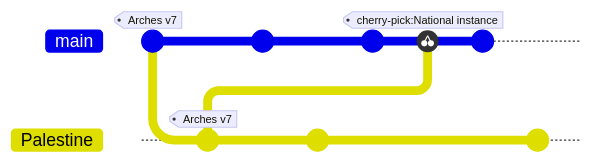
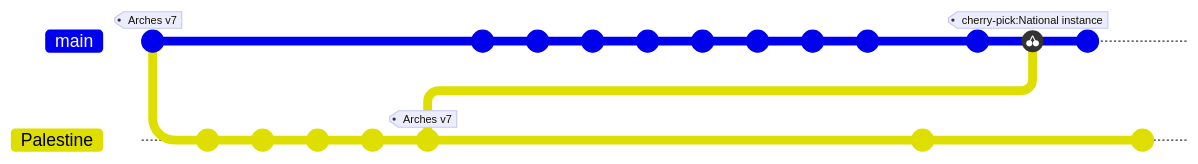
Before and after one commit to eamena-project/eamena-arches-dev: the first of 3 diagrams in dev/README.md, drawn with Mermaid. Commit ids are hidden.

````diff
--- a/dev/README.md
+++ b/dev/README.md
@@ -5,16 +5,27 @@
 ```mermaid
 gitGraph
        commit  tag: "Arches v7"
        branch Palestine
+       commit
+       commit
+       commit
+       commit
        commit id:"National instance"  tag: "Arches v7"
        checkout main
+       commit
+       commit
+       commit
+       commit
+       commit
+       commit
+       commit
        commit
        checkout Palestine
        commit
        checkout main
        commit
        cherry-pick id:"National instance"
        commit
        checkout Palestine
        commit
 ```
````
